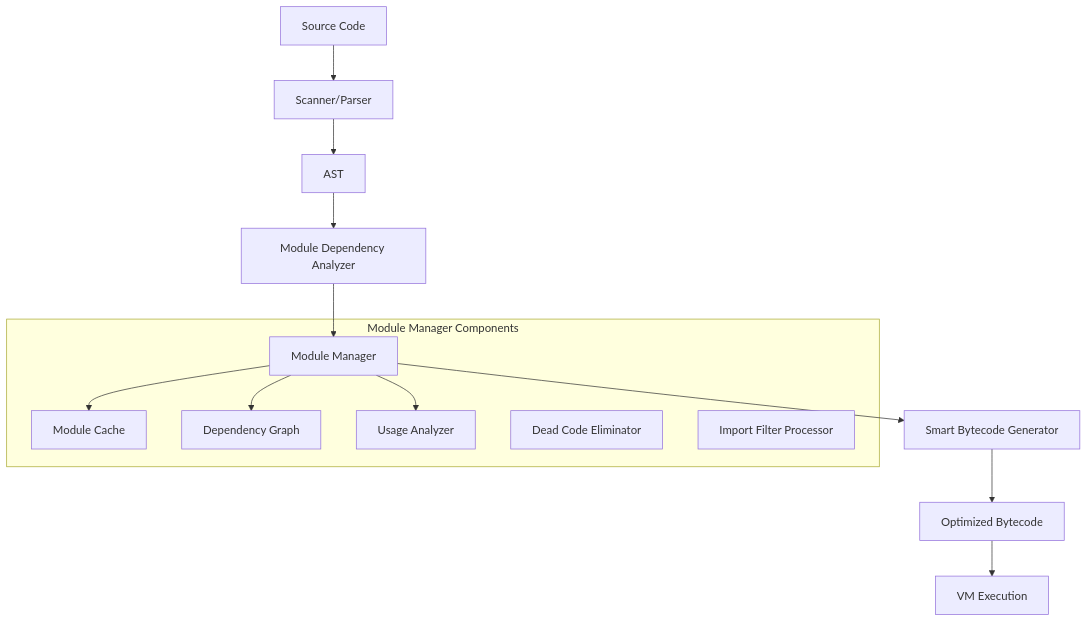
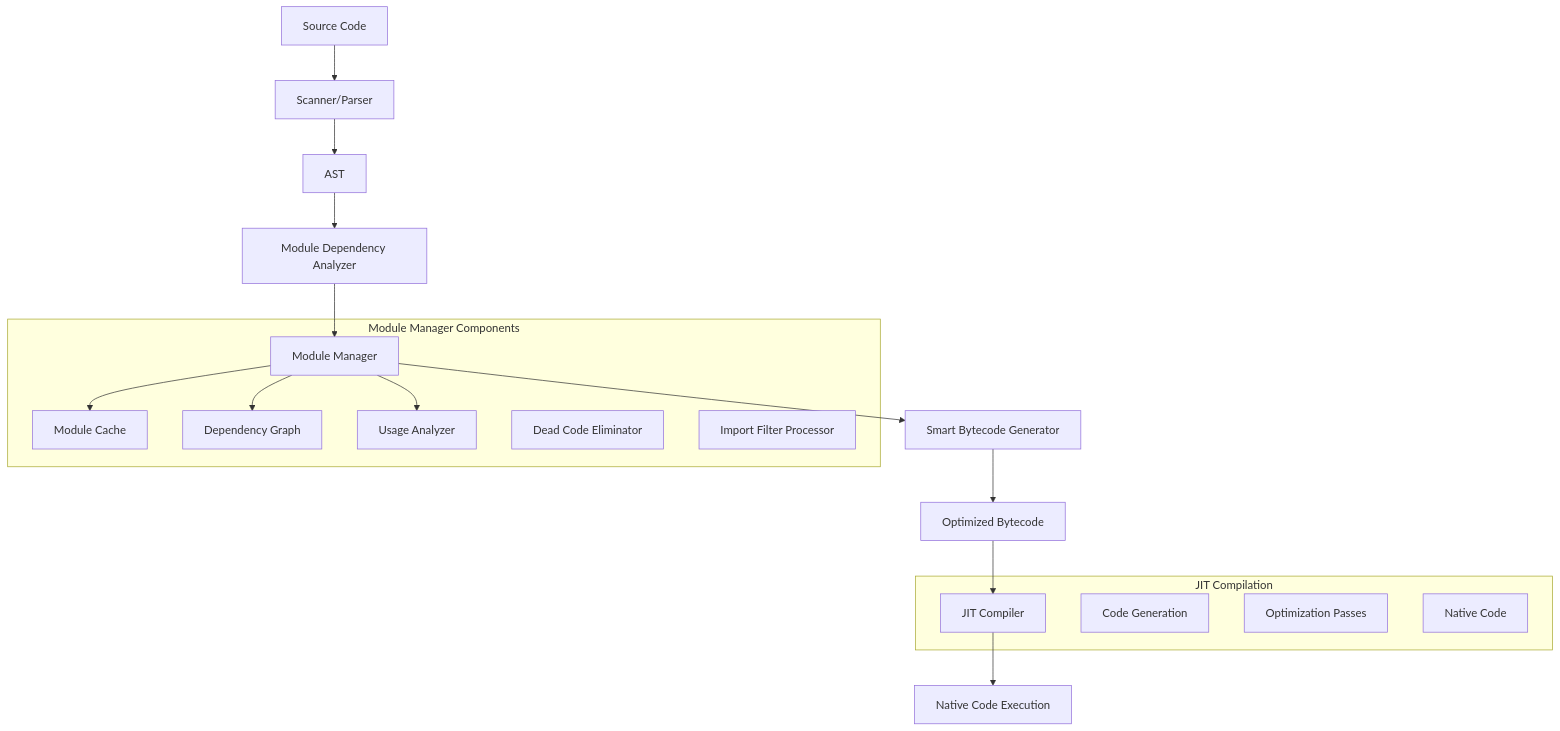
One commit to netesy/limitly changed the diagram in .kiro/specs/advanced-module-system/design.md. Above: the diagram before and after it, drawn with Mermaid. The commit also changed other lines of this file and 39 other files, not shown here.

````diff
--- a/.kiro/specs/advanced-module-system/design.md
+++ b/.kiro/specs/advanced-module-system/design.md
@@ -11,23 +23,31 @@
 ```mermaid
 graph TB
     A[Source Code] --> B[Scanner/Parser]
     B --> C[AST]
     C --> D[Module Dependency Analyzer]
     D --> E[Module Manager]
     E --> F[Smart Bytecode Generator]
     F --> G[Optimized Bytecode]
-    G --> H[VM Execution]
+    G --> H[JIT Compiler]
+    H --> I[Native Code Execution]
     
-    E --> I[Module Cache]
-    E --> J[Dependency Graph]
-    E --> K[Usage Analyzer]
+    E --> J[Module Cache]
+    E --> K[Dependency Graph]
+    E --> L[Usage Analyzer]
     
     subgraph "Module Manager Components"
         E
-        I
         J
         K
-        L[Dead Code Eliminator]
-        M[Import Filter Processor]
+        L
+        M[Dead Code Eliminator]
+        N[Import Filter Processor]
+    end
+    
+    subgraph "JIT Compilation"
+        H
+        O[Code Generation]
+        P[Optimization Passes]
+        Q[Native Code]
     end
 ```
````
